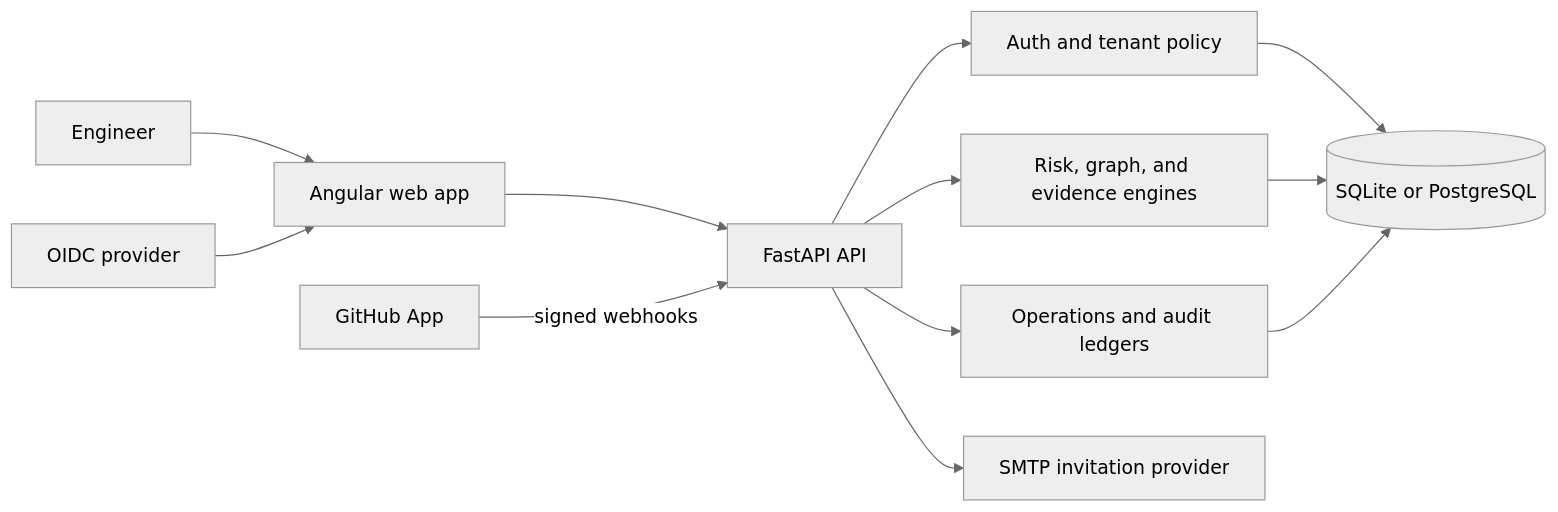
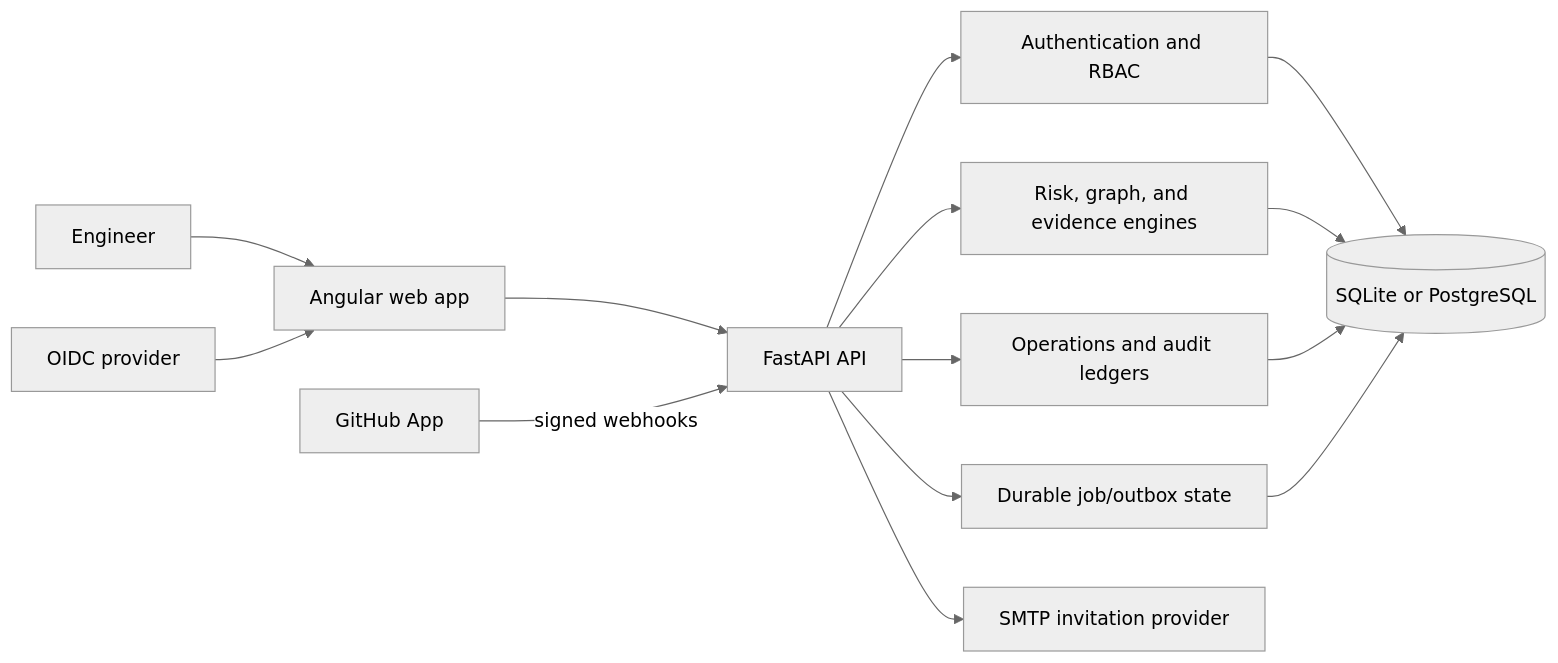
The second of 2 diagrams in README.md (kingggg5/deployguardai), drawn with Mermaid (neutral theme) before and after one commit. The commit also changed other lines of this file and 14 other files, not shown here.

````diff
--- a/README.md
+++ b/README.md
@@ -78,14 +54,16 @@
 ```mermaid
 flowchart LR
     Engineer["Engineer"] --> Web["Angular web app"]
     Web --> API["FastAPI API"]
     OIDC["OIDC provider"] --> Web
     GitHub["GitHub App"] -->|"signed webhooks"| API
-    API --> Auth["Auth and tenant policy"]
+    API --> Auth["Authentication and RBAC"]
     API --> Engines["Risk, graph, and evidence engines"]
     API --> Ops["Operations and audit ledgers"]
+    API --> Queue["Durable job/outbox state"]
     Auth --> DB[("SQLite or PostgreSQL")]
     Engines --> DB
     Ops --> DB
+    Queue --> DB
     API --> SMTP["SMTP invitation provider"]
 ```
````
